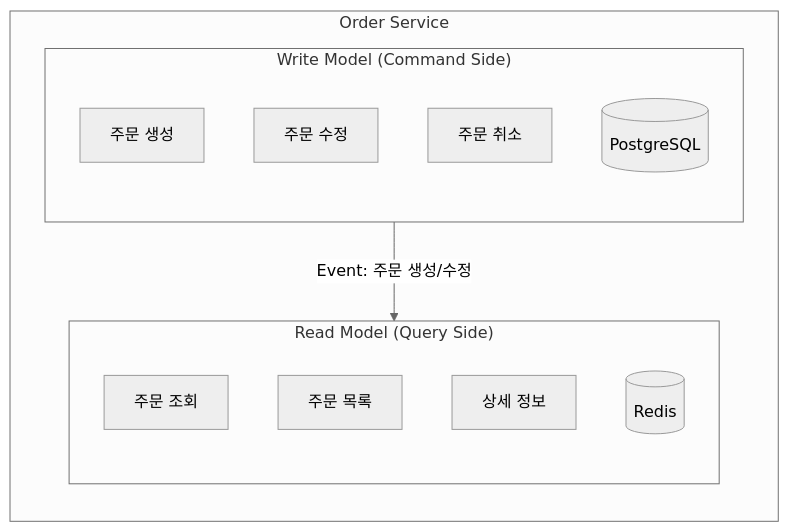
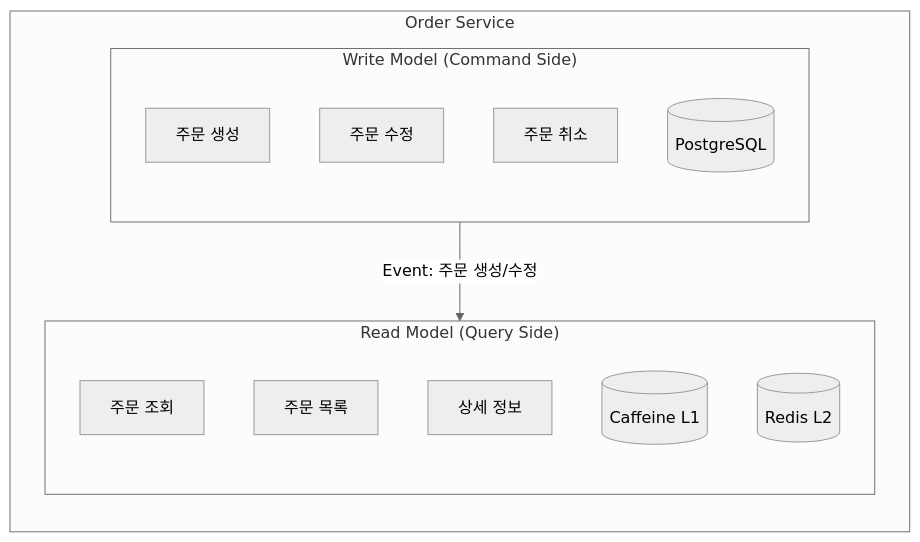
The third of 3 diagrams in order-service/README.md (chachohee/rush-deal), drawn with Mermaid (neutral theme) before and after one commit. The commit also changed other lines of this file and 2 other files, not shown here.

````diff
--- a/order-service/README.md
+++ b/order-service/README.md
@@ -276,24 +298,25 @@
 ```mermaid
 flowchart TB
     subgraph ORDER["Order Service"]
         direction TB
 
         subgraph WRITE["Write Model (Command Side)"]
             direction TB
             A1["주문 생성"]
             A2["주문 수정"]
             A3["주문 취소"]
             A_DB[(PostgreSQL)]
         end
 
         subgraph READ["Read Model (Query Side)"]
             direction TB
             B1["주문 조회"]
             B2["주문 목록"]
             B3["상세 정보"]
-            B_CACHE[(Redis)]
+            B_L1[(Caffeine L1)]
+            B_L2[(Redis L2)]
         end
 
         WRITE -->|Event: 주문 생성/수정| READ
     end
 ```
````
